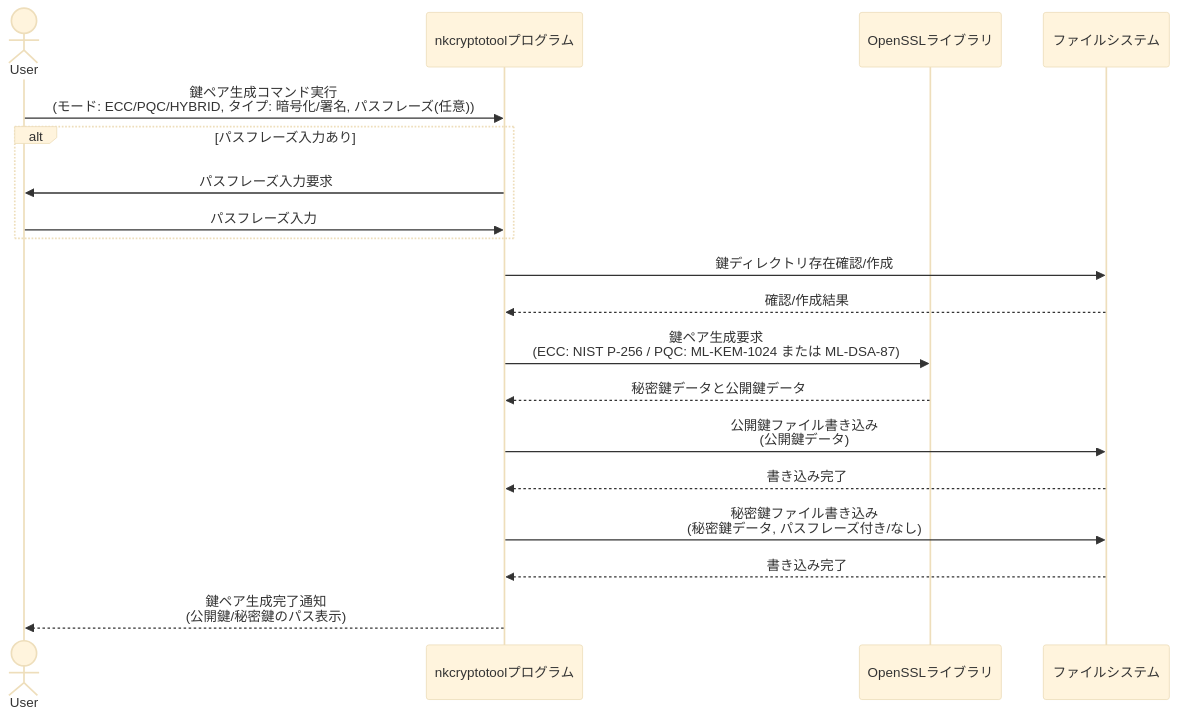
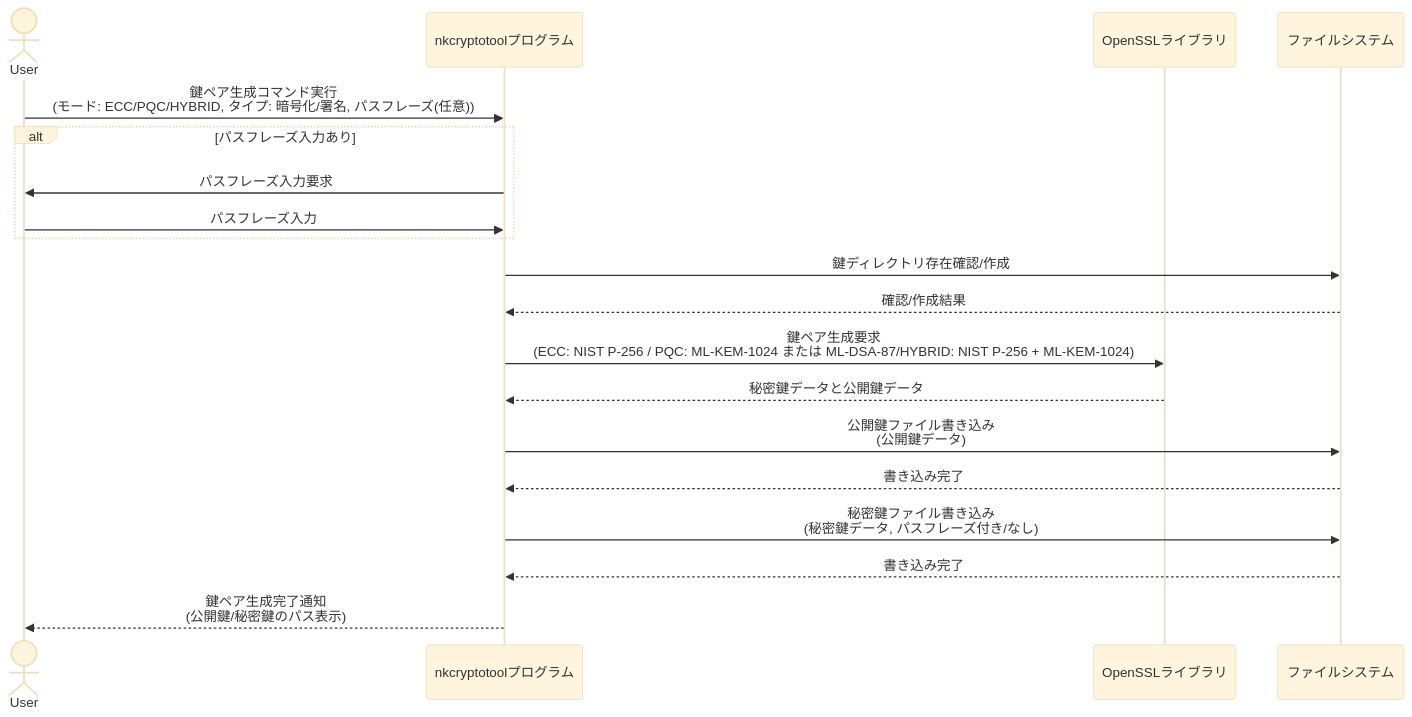
The first of 6 diagrams in README.md (nkoriyama/nkCryptoTool), drawn with Mermaid (base theme) before and after one commit. The commit also changed 16 other files, not shown here.

````diff
--- a/README.md
+++ b/README.md
@@ -275,22 +275,22 @@
 ```mermaid
 sequenceDiagram
     actor User
     participant nkcryptotool as nkcryptotoolプログラム
     participant OpenSSL as OpenSSLライブラリ
     participant FileSystem as ファイルシステム
 
     User->>nkcryptotool: 鍵ペア生成コマンド実行<br>(モード: ECC/PQC/HYBRID, タイプ: 暗号化/署名, パスフレーズ(任意))
     alt パスフレーズ入力あり
         nkcryptotool->>User: パスフレーズ入力要求
         User->>nkcryptotool: パスフレーズ入力
     end
     nkcryptotool->>FileSystem: 鍵ディレクトリ存在確認/作成
     FileSystem-->>nkcryptotool: 確認/作成結果
-    nkcryptotool->>OpenSSL: 鍵ペア生成要求<br>(ECC: NIST P-256 / PQC: ML-KEM-1024 または ML-DSA-87)
+    nkcryptotool->>OpenSSL: 鍵ペア生成要求<br>(ECC: NIST P-256 / PQC: ML-KEM-1024 または ML-DSA-87/HYBRID: NIST P-256 + ML-KEM-1024)
     OpenSSL-->>nkcryptotool: 秘密鍵データと公開鍵データ
     nkcryptotool->>FileSystem: 公開鍵ファイル書き込み<br>(公開鍵データ)
     FileSystem-->>nkcryptotool: 書き込み完了
     nkcryptotool->>FileSystem: 秘密鍵ファイル書き込み<br>(秘密鍵データ, パスフレーズ付き/なし)
     FileSystem-->>nkcryptotool: 書き込み完了
     nkcryptotool-->>User: 鍵ペア生成完了通知<br>(公開鍵/秘密鍵のパス表示)
 ```
````
